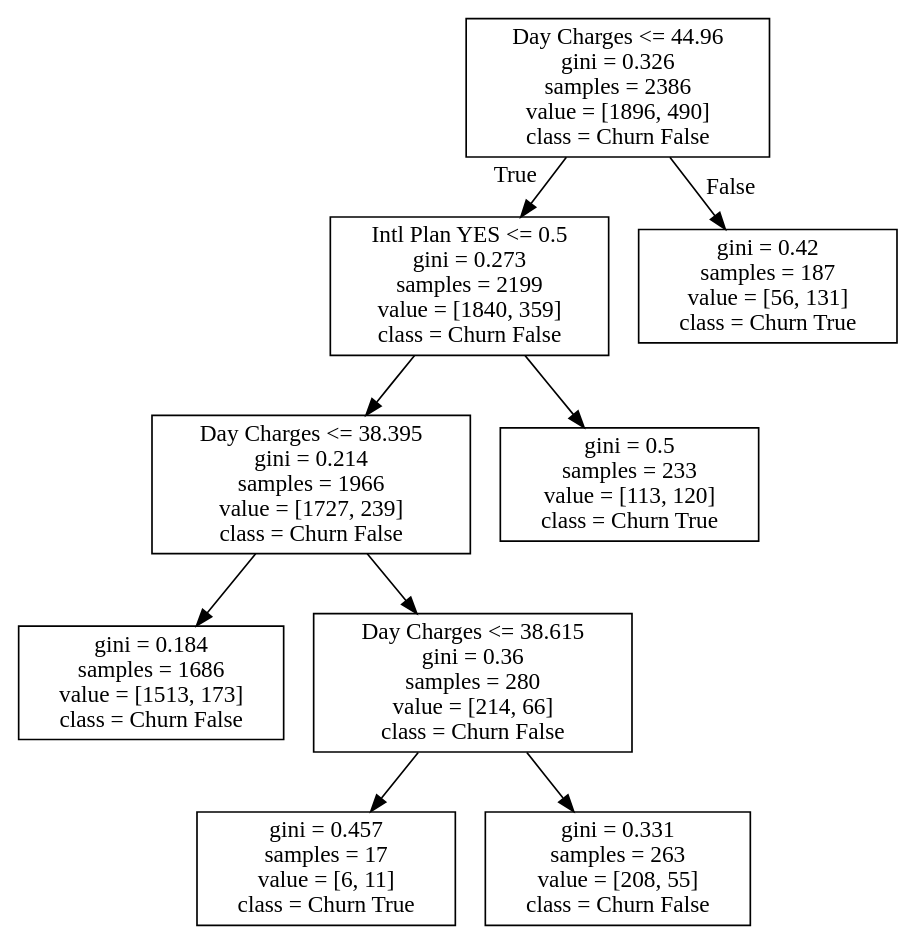
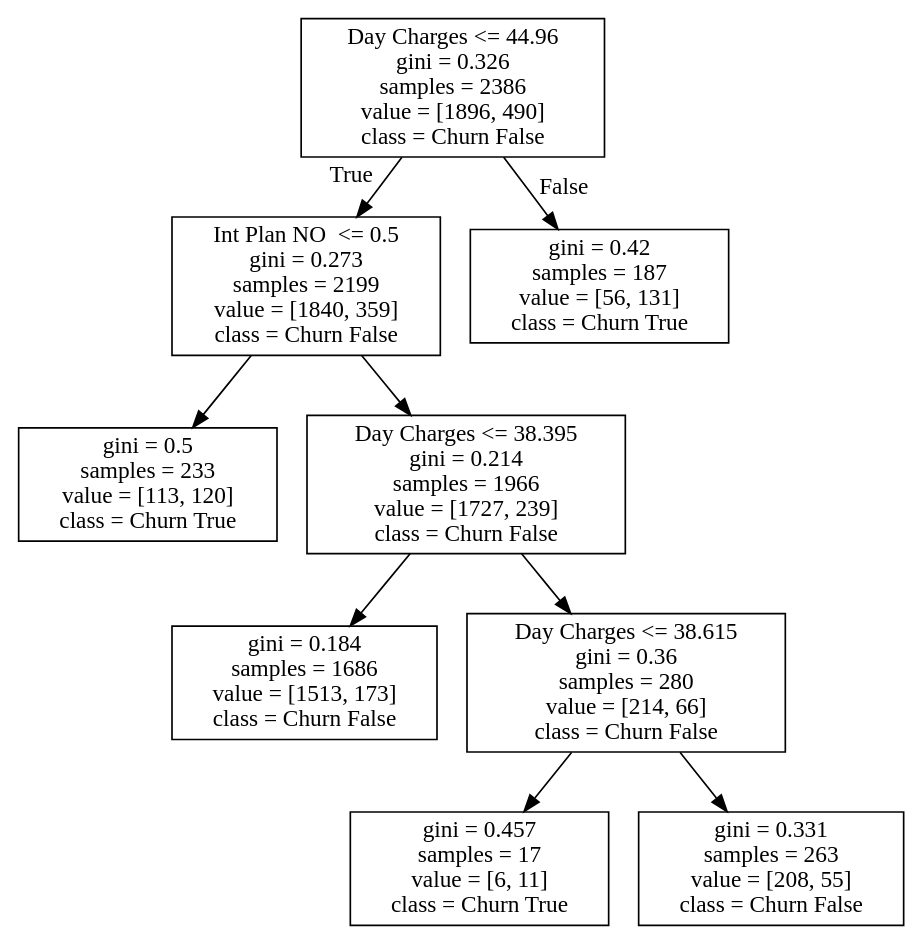
The diagram in Assignment2/cart01.dot (dipenpratap/Data-Mining), drawn with Graphviz before and after one commit. The commit also changed 11 other files, not shown here.

```diff
--- a/Assignment2/cart01.dot
+++ b/Assignment2/cart01.dot
@@ -1,20 +1,20 @@
 digraph Tree {
 node [shape=box] ;
 0 [label="Day Charges <= 44.96\ngini = 0.326\nsamples = 2386\nvalue = [1896, 490]\nclass = Churn False"] ;
-1 [label="Intl Plan YES <= 0.5\ngini = 0.273\nsamples = 2199\nvalue = [1840, 359]\nclass = Churn False"] ;
+1 [label="Int Plan NO  <= 0.5\ngini = 0.273\nsamples = 2199\nvalue = [1840, 359]\nclass = Churn False"] ;
 0 -> 1 [labeldistance=2.5, labelangle=45, headlabel="True"] ;
-3 [label="Day Charges <= 38.395\ngini = 0.214\nsamples = 1966\nvalue = [1727, 239]\nclass = Churn False"] ;
+3 [label="gini = 0.5\nsamples = 233\nvalue = [113, 120]\nclass = Churn True"] ;
 1 -> 3 ;
+4 [label="Day Charges <= 38.395\ngini = 0.214\nsamples = 1966\nvalue = [1727, 239]\nclass = Churn False"] ;
+1 -> 4 ;
 5 [label="gini = 0.184\nsamples = 1686\nvalue = [1513, 173]\nclass = Churn False"] ;
-3 -> 5 ;
+4 -> 5 ;
 6 [label="Day Charges <= 38.615\ngini = 0.36\nsamples = 280\nvalue = [214, 66]\nclass = Churn False"] ;
-3 -> 6 ;
+4 -> 6 ;
 7 [label="gini = 0.457\nsamples = 17\nvalue = [6, 11]\nclass = Churn True"] ;
 6 -> 7 ;
 8 [label="gini = 0.331\nsamples = 263\nvalue = [208, 55]\nclass = Churn False"] ;
 6 -> 8 ;
-4 [label="gini = 0.5\nsamples = 233\nvalue = [113, 120]\nclass = Churn True"] ;
-1 -> 4 ;
 2 [label="gini = 0.42\nsamples = 187\nvalue = [56, 131]\nclass = Churn True"] ;
 0 -> 2 [labeldistance=2.5, labelangle=-45, headlabel="False"] ;
 }
```
